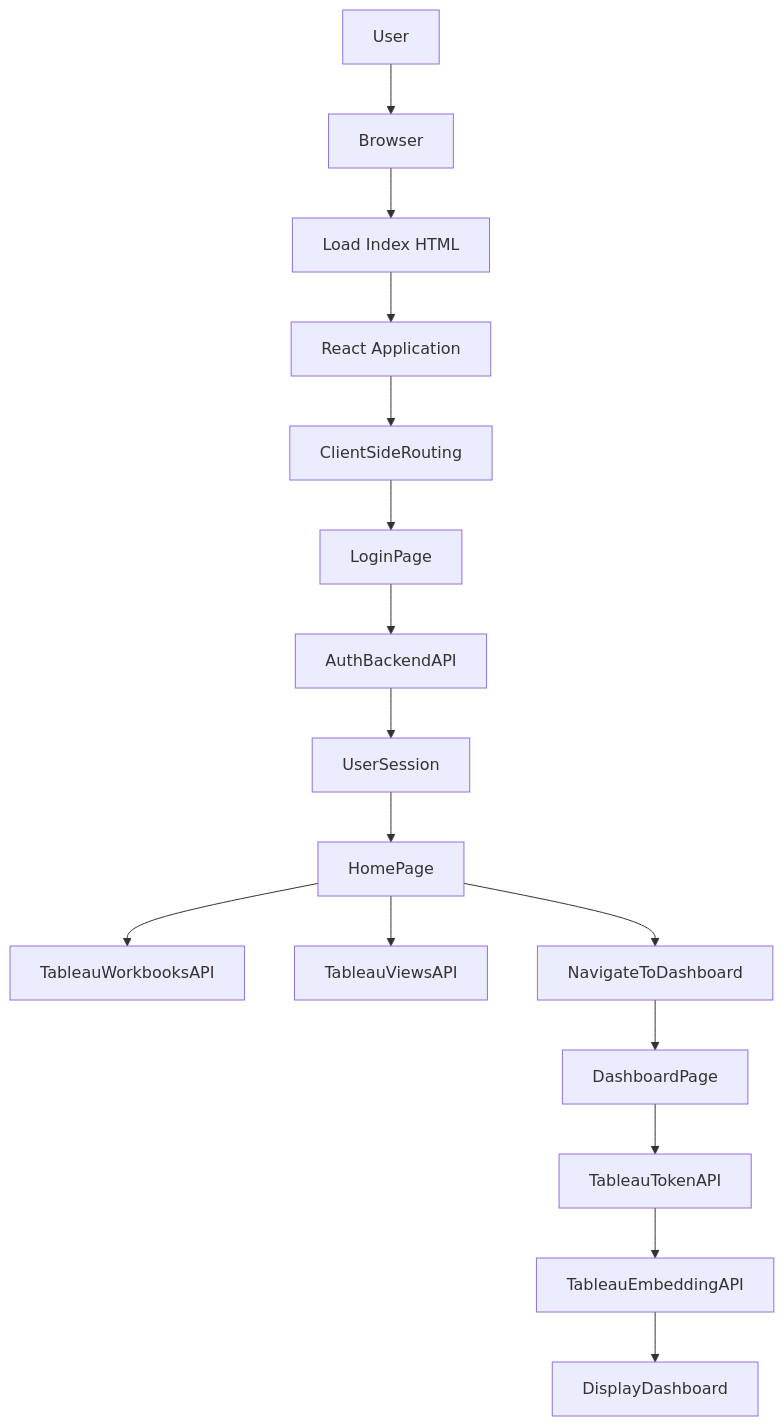
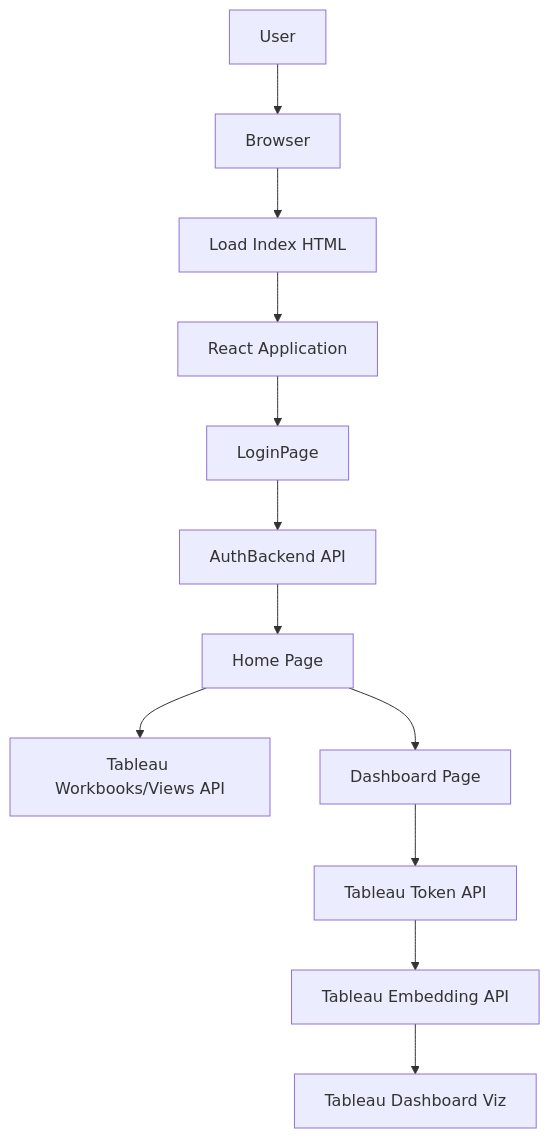
Before and after one commit to test-company-prowiz/tableau-frontend: the diagram in docs/REPOSITORY_OVERVIEW.md, drawn with Mermaid. The commit also changed other lines of this file, not shown here.

````diff
--- a/docs/REPOSITORY_OVERVIEW.md
+++ b/docs/REPOSITORY_OVERVIEW.md
@@ -65,18 +64,14 @@
 ```mermaid
 graph TD
 User[User] --> Browser[Browser]
 Browser --> LoadIndexHtml[Load Index HTML]
-LoadIndexHtml --> ReactApp[React Application]
-ReactApp --> ClientSideRouting[ClientSideRouting]
-ClientSideRouting --> LoginPage[LoginPage]
-LoginPage --> AuthBackendAPI[AuthBackendAPI]
-AuthBackendAPI --> UserSession[UserSession]
-UserSession --> HomePage[HomePage]
-HomePage --> TableauWorkbooksAPI[TableauWorkbooksAPI]
-HomePage --> TableauViewsAPI[TableauViewsAPI]
-HomePage --> NavigateToDashboard[NavigateToDashboard]
-NavigateToDashboard --> DashboardPage[DashboardPage]
-DashboardPage --> TableauTokenAPI[TableauTokenAPI]
-TableauTokenAPI --> TableauEmbeddingAPI[TableauEmbeddingAPI]
-TableauEmbeddingAPI --> DisplayDashboard[DisplayDashboard]
+LoadIndexHtml --> ReactApplication[React Application]
+ReactApplication --> LoginPage[LoginPage]
+LoginPage --> AuthBackendAPI[AuthBackend API]
+AuthBackendAPI --> HomePage[Home Page]
+HomePage --> TableauWorkbooksViewsAPI[Tableau Workbooks/Views API]
+HomePage --> DashboardPage[Dashboard Page]
+DashboardPage --> TableauTokenAPI[Tableau Token API]
+TableauTokenAPI --> TableauEmbeddingAPI[Tableau Embedding API]
+TableauEmbeddingAPI --> TableauDashboardViz[Tableau Dashboard Viz]
 ```
````
